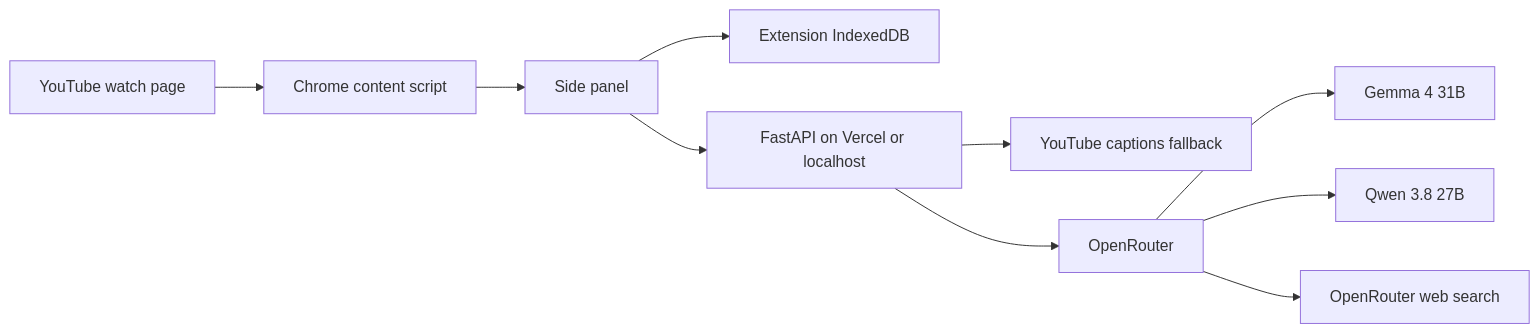
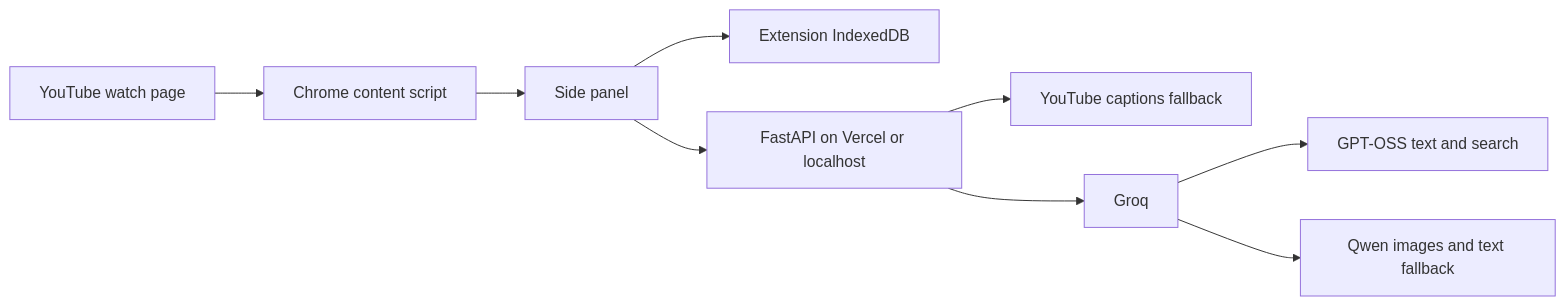
The diagram in docs/ARCHITECTURE.md (abhimakulshrestha/AI_Youtuble_Video_Analyser), drawn with Mermaid before and after one commit. The commit also changed other lines of this file and 18 other files, not shown here.

````diff
--- a/docs/ARCHITECTURE.md
+++ b/docs/ARCHITECTURE.md
@@ -3,12 +3,11 @@
 ```mermaid
 flowchart LR
     YT[YouTube watch page] --> CS[Chrome content script]
     CS --> SP[Side panel]
     SP --> IDB[Extension IndexedDB]
     SP --> API[FastAPI on Vercel or localhost]
     API --> CAP[YouTube captions fallback]
-    API --> OR[OpenRouter]
-    OR --> GEM[Gemma 4 31B]
-    OR --> QWEN[Qwen 3.8 27B]
-    OR --> SEARCH[OpenRouter web search]
+    API --> GROQ[Groq]
+    GROQ --> TEXT[GPT-OSS text and search]
+    GROQ --> VISION[Qwen images and text fallback]
 ```
````
